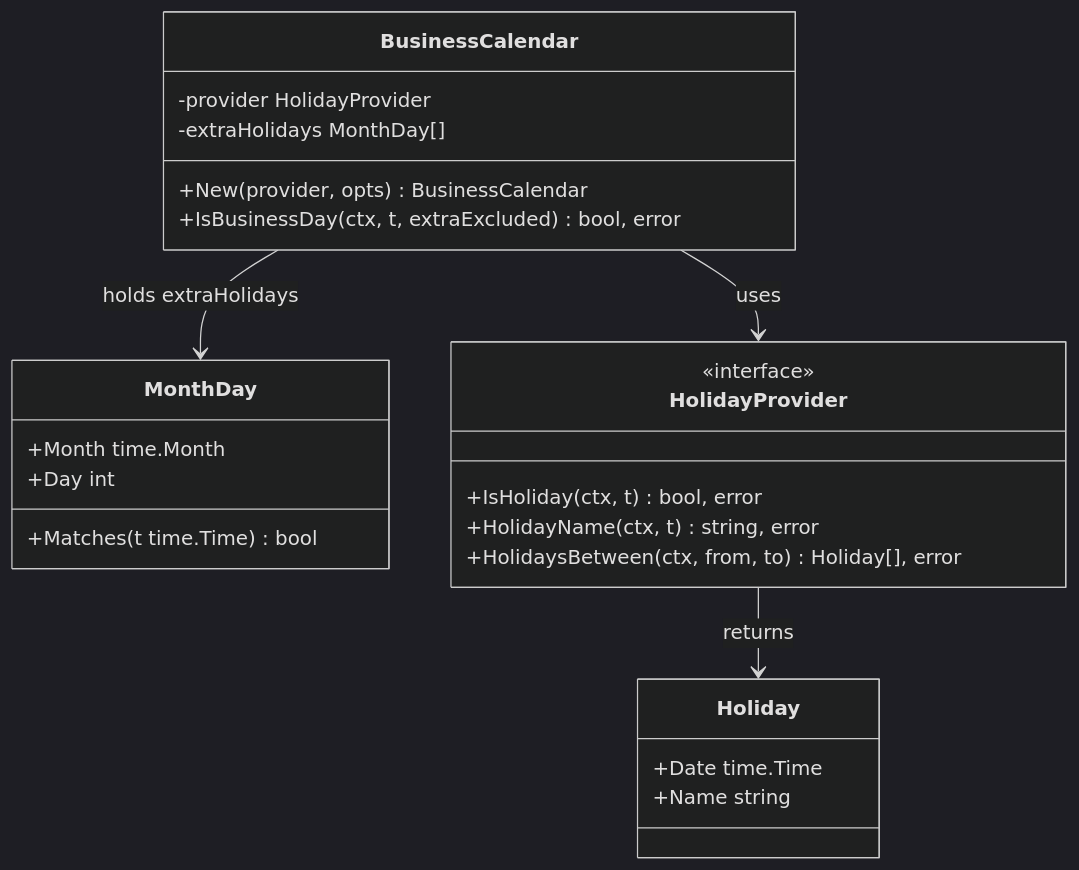
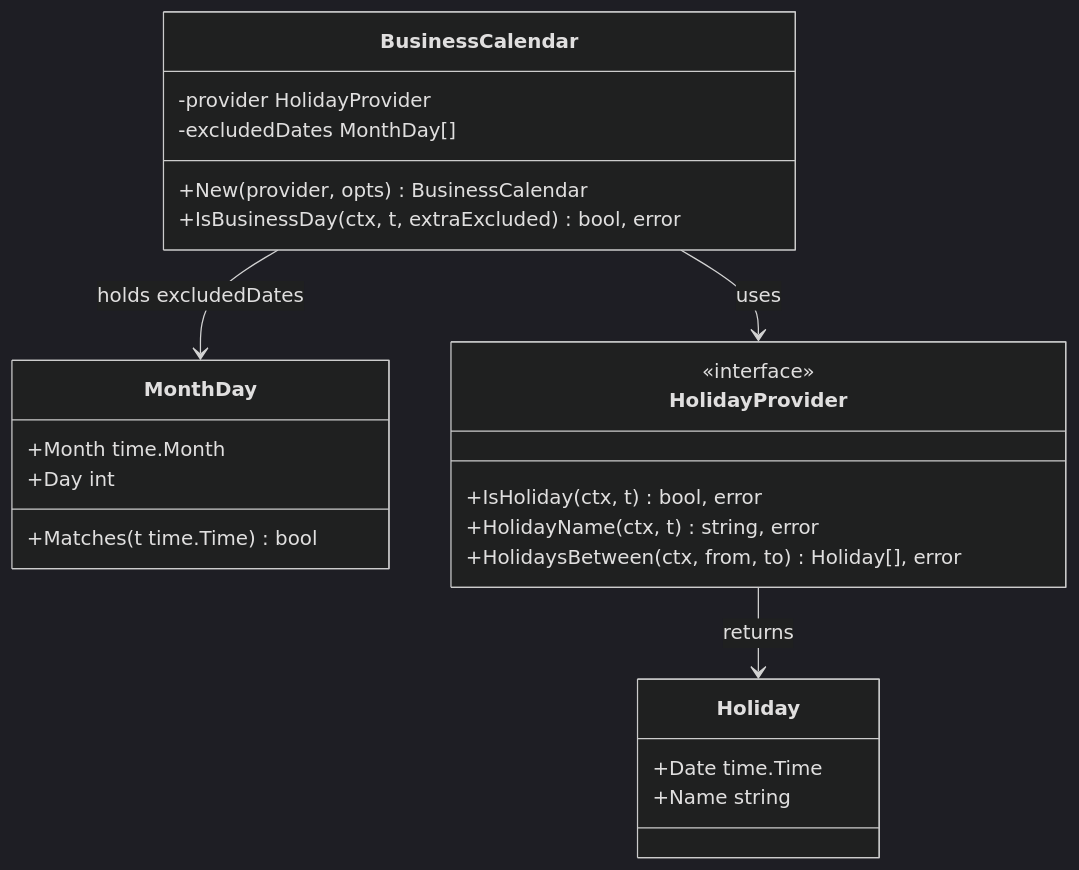
The third of 3 diagrams in .kiro/specs/step1-core/design.md (taku-o/go-heijitu), drawn with Mermaid (dark theme) before and after one commit. The commit also changed other lines of this file and 8 other files, not shown here.

````diff
--- a/.kiro/specs/step1-core/design.md
+++ b/.kiro/specs/step1-core/design.md
@@ -391,31 +392,31 @@
 ```mermaid
 classDiagram
     class MonthDay {
         +Month time.Month
         +Day int
         +Matches(t time.Time) bool
     }
 
     class Holiday {
         +Date time.Time
         +Name string
     }
 
     class HolidayProvider {
         <<interface>>
         +IsHoliday(ctx, t) bool, error
         +HolidayName(ctx, t) string, error
         +HolidaysBetween(ctx, from, to) Holiday[], error
     }
 
     class BusinessCalendar {
         -provider HolidayProvider
-        -extraHolidays MonthDay[]
+        -excludedDates MonthDay[]
         +New(provider, opts) BusinessCalendar
         +IsBusinessDay(ctx, t, extraExcluded) bool, error
     }
 
     BusinessCalendar --> HolidayProvider : uses
-    BusinessCalendar --> MonthDay : holds extraHolidays
+    BusinessCalendar --> MonthDay : holds excludedDates
     HolidayProvider --> Holiday : returns
 ```
````
